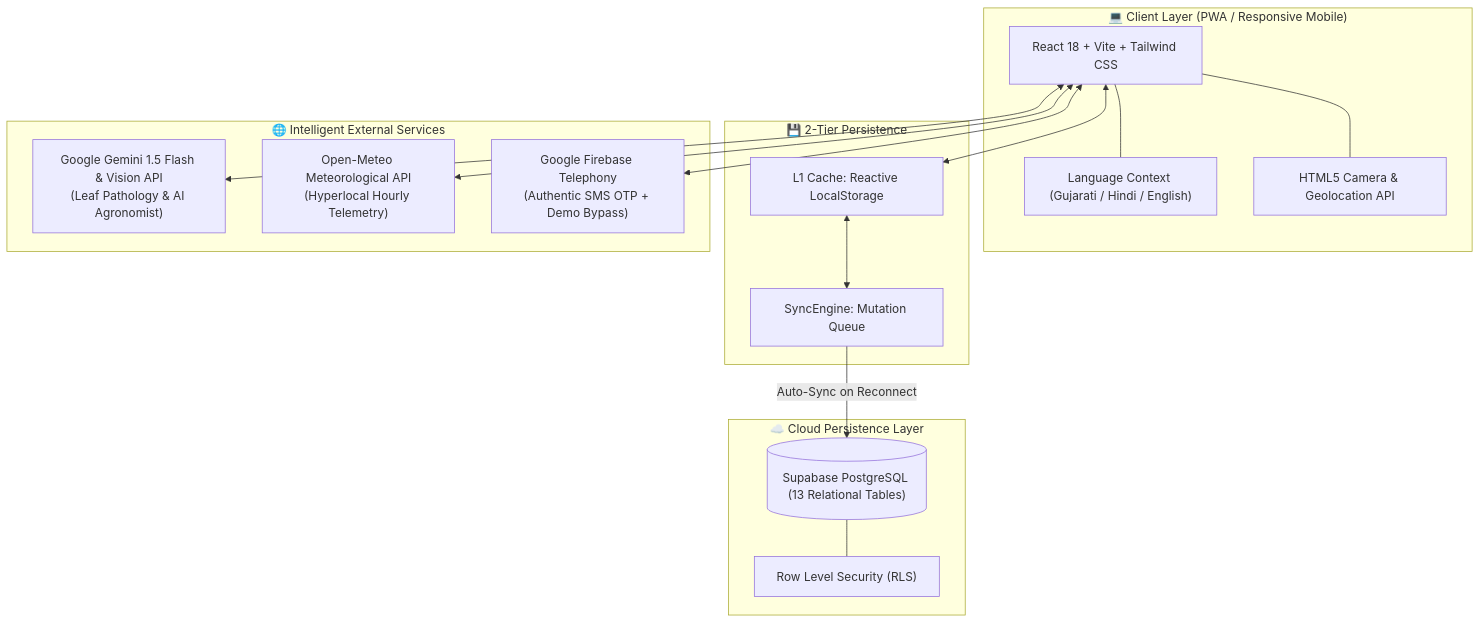
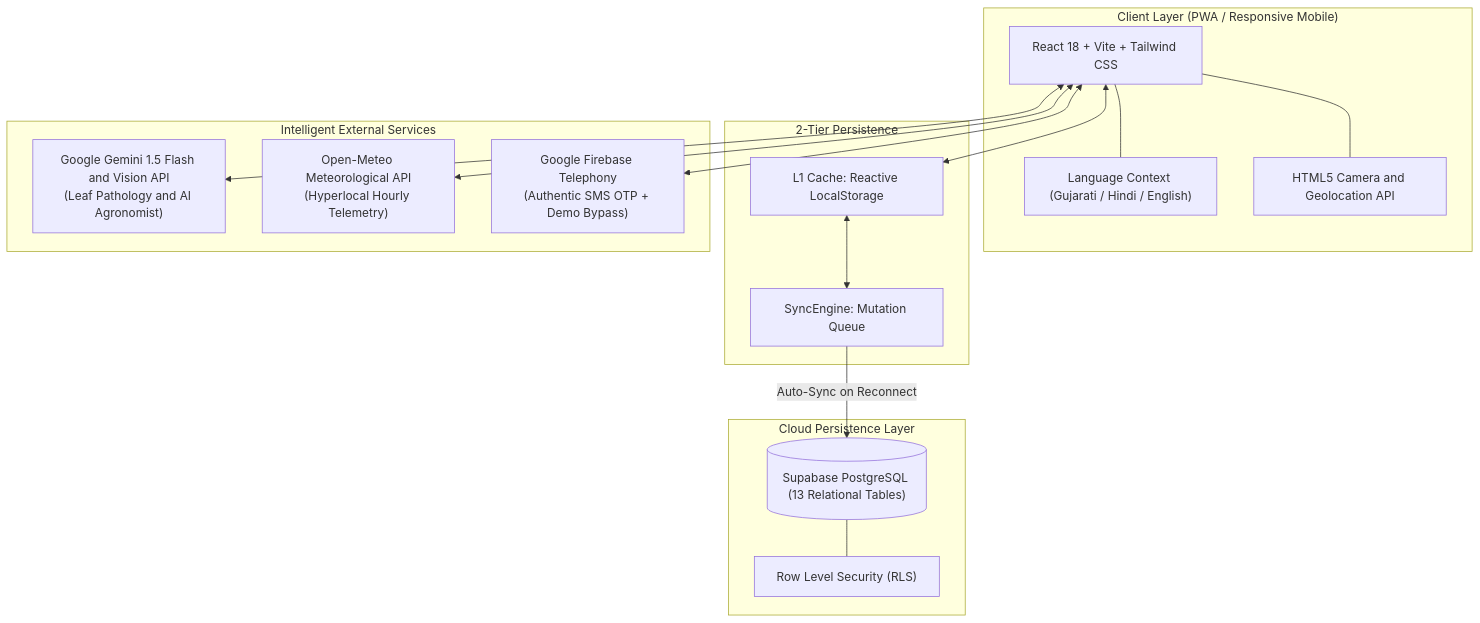
Before and after one commit to Xcoder-69/HACKFORGE: the third of 4 diagrams in README.md, drawn with Mermaid. The commit also changed other lines of this file and 3 other files, not shown here.

````diff
--- a/README.md
+++ b/README.md
@@ -104,34 +104,34 @@
 ```mermaid
 flowchart TD
-    subgraph Client ["💻 Client Layer (PWA / Responsive Mobile)"]
+    subgraph Client ["Client Layer (PWA / Responsive Mobile)"]
         UI["React 18 + Vite + Tailwind CSS"]
         I18N["Language Context (Gujarati / Hindi / English)"]
-        CAM["HTML5 Camera & Geolocation API"]
+        CAM["HTML5 Camera and Geolocation API"]
         UI --- I18N
         UI --- CAM
     end
 
-    subgraph OfflineStorage ["💾 2-Tier Persistence"]
+    subgraph OfflineStorage ["2-Tier Persistence"]
         L1["L1 Cache: Reactive LocalStorage"]
         SYNC["SyncEngine: Mutation Queue"]
         L1 <--> SYNC
     end
 
-    subgraph ExternalAPIs ["🌐 Intelligent External Services"]
-        GEMINI["Google Gemini 1.5 Flash & Vision API\n(Leaf Pathology & AI Agronomist)"]
+    subgraph ExternalAPIs ["Intelligent External Services"]
+        GEMINI["Google Gemini 1.5 Flash and Vision API\n(Leaf Pathology and AI Agronomist)"]
         METEO["Open-Meteo Meteorological API\n(Hyperlocal Hourly Telemetry)"]
         FIREBASE["Google Firebase Telephony\n(Authentic SMS OTP + Demo Bypass)"]
     end
 
-    subgraph CloudDB ["☁️ Cloud Persistence Layer"]
+    subgraph CloudDB ["Cloud Persistence Layer"]
         SUPABASE[("Supabase PostgreSQL (13 Relational Tables)")]
         RLS["Row Level Security (RLS)"]
         SUPABASE --- RLS
     end
 
     UI <--> L1
     SYNC -->|Auto-Sync on Reconnect| SUPABASE
     UI <--> GEMINI
     UI <--> METEO
     UI <--> FIREBASE
 ```
````
